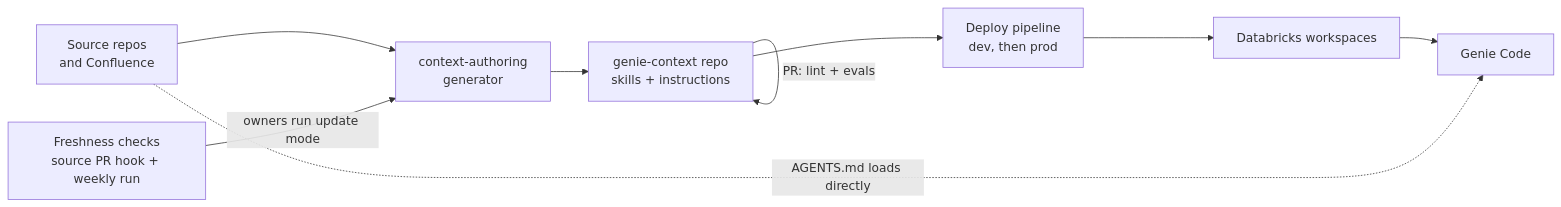
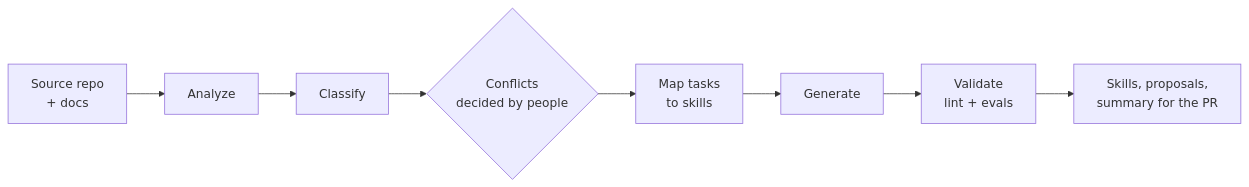
Before and after one commit to DanialBahrami/skill-authoring-framework: the diagram in README.md, drawn with Mermaid. The commit also changed other lines of this file and 20 other files, not shown here.

First line of the commit message:
Restructure the repo around the context-authoring meta-skill

````diff
--- a/README.md
+++ b/README.md
@@ -71,11 +31,10 @@
 ```mermaid
 flowchart LR
-    S[Source repos<br/>and Confluence] --> G[context-authoring<br/>generator]
-    G --> R[genie-context repo<br/>skills + instructions]
-    R -->|PR: lint + evals| R
-    R --> D[Deploy pipeline<br/>dev, then prod]
-    D --> W[Databricks workspaces]
-    W --> C[Genie Code]
-    S -.->|AGENTS.md loads directly| C
-    F[Freshness checks<br/>source PR hook + weekly run] -->|owners run update mode| G
+    A[Source repo<br/>+ docs] --> B[Analyze]
+    B --> C[Classify]
+    C --> D{Conflicts<br/>decided by people}
+    D --> E[Map tasks<br/>to skills]
+    E --> F[Generate]
+    F --> G[Validate<br/>lint + evals]
+    G --> H[Skills, proposals,<br/>summary for the PR]
 ```
````
